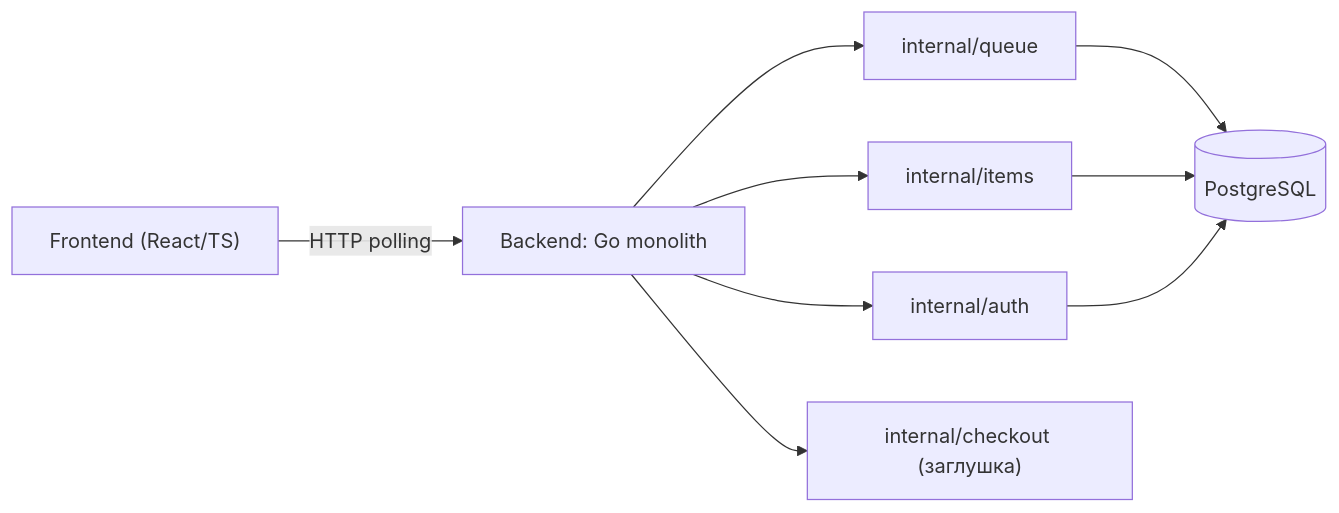
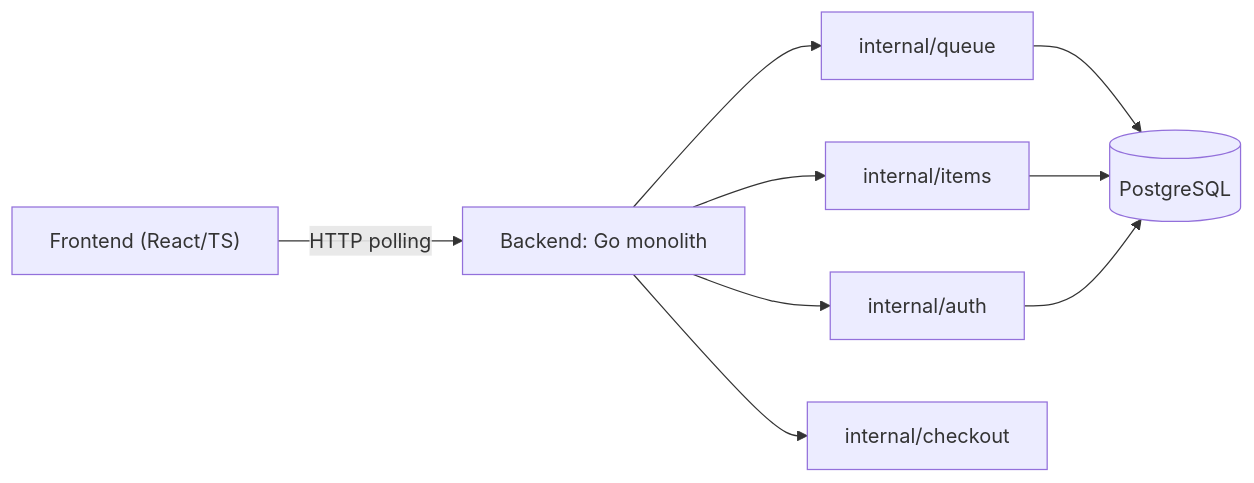
Before and after one commit to identicalaffiliation/xakat0n: the diagram in docs/architecture.md, drawn with Mermaid. The commit also changed other lines of this file and 6 other files, not shown here.

````diff
--- a/docs/architecture.md
+++ b/docs/architecture.md
@@ -18,11 +18,11 @@
 ```mermaid
 graph LR
     FE["Frontend (React/TS)"] -->|HTTP polling| BE["Backend: Go monolith"]
     BE --> Q["internal/queue"]
     BE --> I["internal/items"]
     BE --> A["internal/auth"]
-    BE --> C["internal/checkout (заглушка)"]
+    BE --> C["internal/checkout"]
     Q --> DB[("PostgreSQL")]
     I --> DB
     A --> DB
 ```
````
